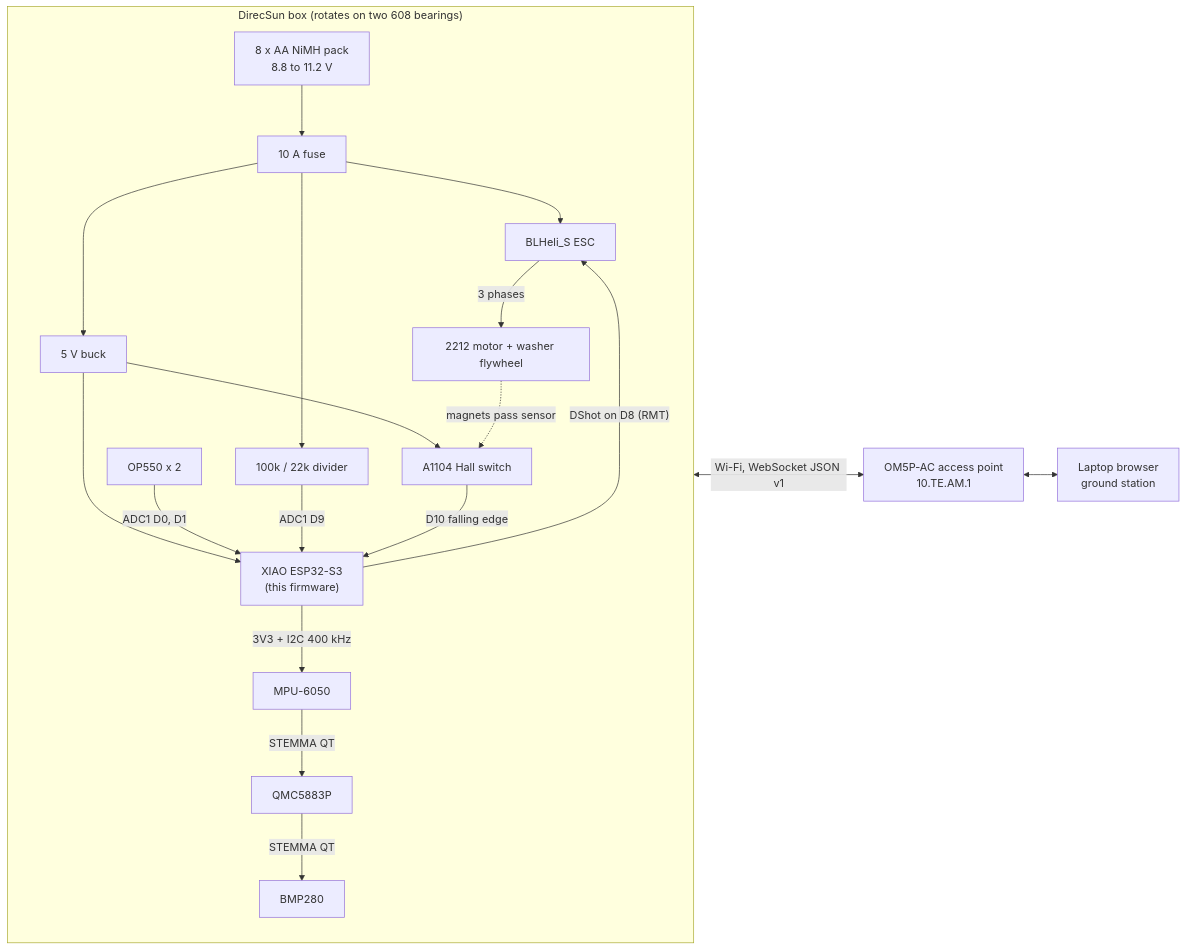
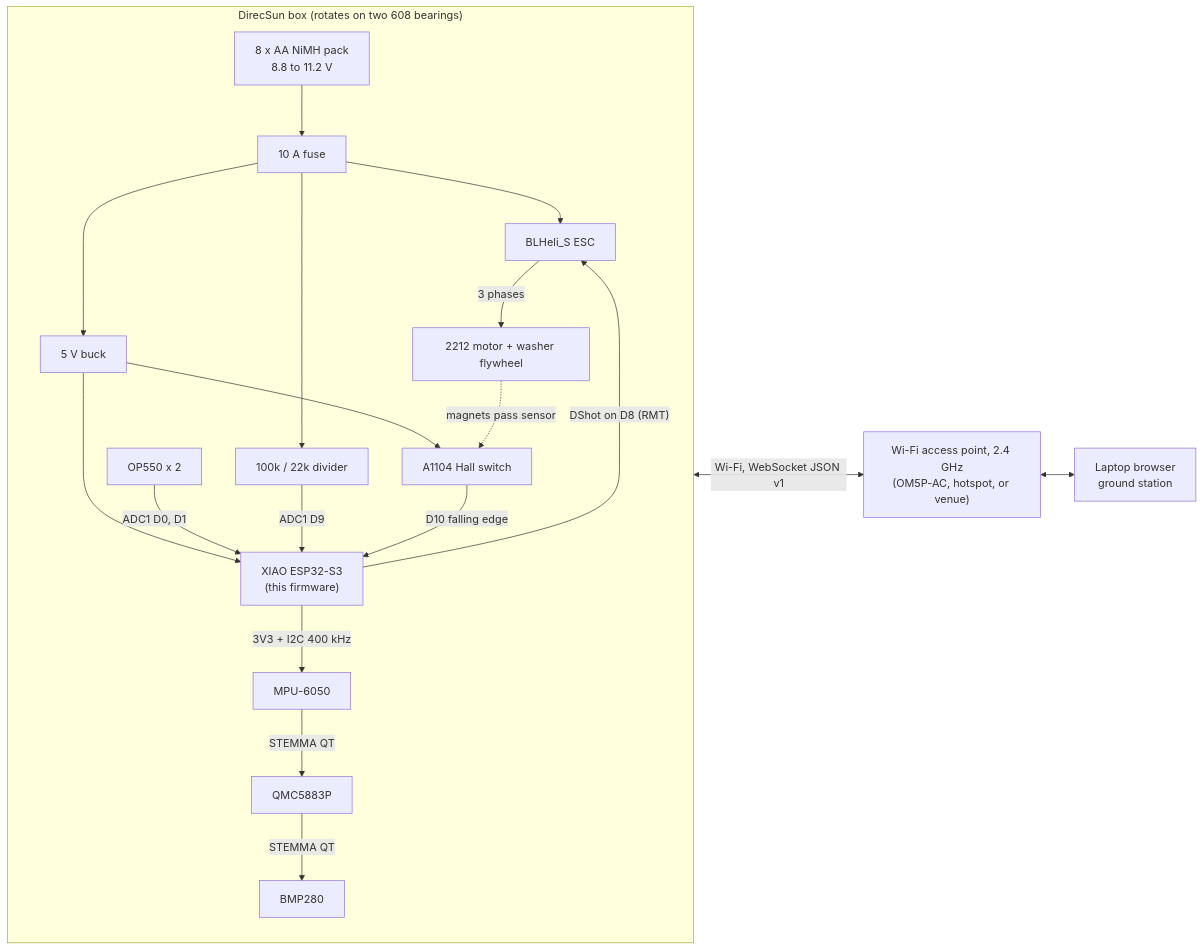
One commit to aarochu/DirecSun changed the first of 13 diagrams in docs/firmware-design.md. Above: the diagram before and after it, drawn with Mermaid. The commit also changed other lines of this file and 1 other file, not shown here.

````diff
--- a/docs/firmware-design.md
+++ b/docs/firmware-design.md
@@ -112,23 +112,23 @@
 ```mermaid
 flowchart LR
     subgraph BOX["DirecSun box (rotates on two 608 bearings)"]
         direction TB
         PACK["8 x AA NiMH pack<br/>8.8 to 11.2 V"] --> FUSE["10 A fuse"]
         FUSE --> ESC["BLHeli_S ESC"]
         FUSE --> BUCK["5 V buck"]
         FUSE --> DIV["100k / 22k divider"]
         BUCK --> XIAO["XIAO ESP32-S3<br/>(this firmware)"]
         BUCK --> HALL["A1104 Hall switch"]
         XIAO -- "3V3 + I2C 400 kHz" --> IMU["MPU-6050"]
         IMU -- "STEMMA QT" --> MAG["QMC5883P"]
         MAG -- "STEMMA QT" --> BMP["BMP280"]
         SUN["OP550 x 2"] -- "ADC1 D0, D1" --> XIAO
         DIV -- "ADC1 D9" --> XIAO
         HALL -- "D10 falling edge" --> XIAO
         XIAO -- "DShot on D8 (RMT)" --> ESC
         ESC -- "3 phases" --> MOTOR["2212 motor + washer flywheel"]
         MOTOR -. "magnets pass sensor" .-> HALL
     end
-    XIAO <-- "Wi-Fi, WebSocket JSON v1" --> AP["OM5P-AC access point<br/>10.TE.AM.1"]
+    XIAO <-- "Wi-Fi, WebSocket JSON v1" --> AP["Wi-Fi access point, 2.4 GHz<br/>(OM5P-AC, hotspot, or venue)"]
     AP <--> LAPTOP["Laptop browser<br/>ground station"]
 ```
````
